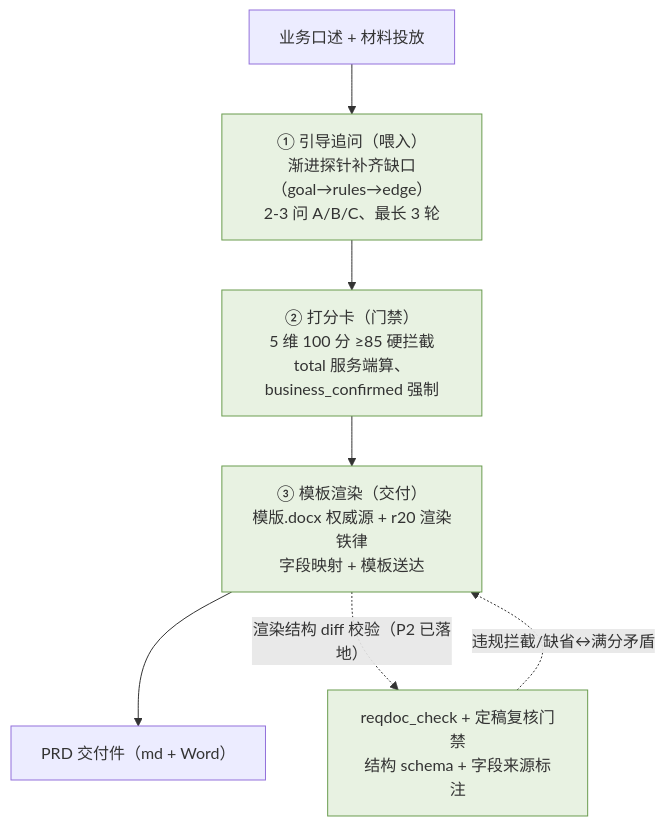
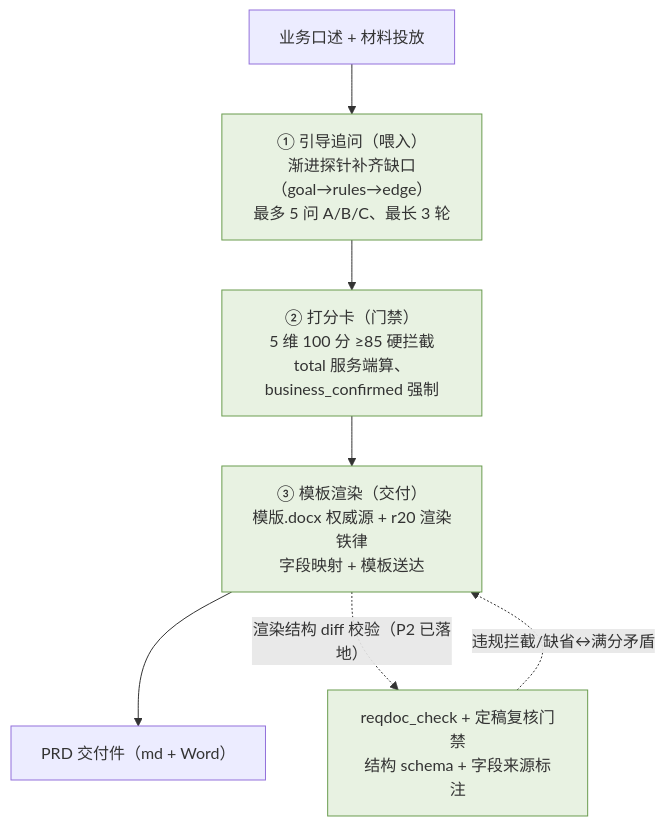
The first of 4 diagrams in opencode-session-mgmt/docs/workflow-reqdoc.md (wonglaitung/opencode), drawn with Mermaid before and after one commit. The commit also changed other lines of this file and 4 other files, not shown here.

````diff
--- a/opencode-session-mgmt/docs/workflow-reqdoc.md
+++ b/opencode-session-mgmt/docs/workflow-reqdoc.md
@@ -19,14 +19,14 @@
 ```mermaid
 flowchart TD
-    I["业务口述 + 材料投放"] --> A["① 引导追问（喂入）<br/>渐进探针补齐缺口（goal→rules→edge）<br/>2-3 问 A/B/C、最长 3 轮"]
+    I["业务口述 + 材料投放"] --> A["① 引导追问（喂入）<br/>渐进探针补齐缺口（goal→rules→edge）<br/>最多 5 问 A/B/C、最长 3 轮"]
     A --> B["② 打分卡（门禁）<br/>5 维 100 分 ≥85 硬拦截<br/>total 服务端算、business_confirmed 强制"]
     B --> C["③ 模板渲染（交付）<br/>模版.docx 权威源 + r20 渲染铁律<br/>字段映射 + 模板送达"]
     C --> O["PRD 交付件（md + Word）"]
     C -. 渲染结构 diff 校验（P2 已落地） .-> D["reqdoc_check + 定稿复核门禁<br/>结构 schema + 字段来源标注"]
     D -. 违规拦截/缺省↔满分矛盾 .-> C
     %% 风险分布：三大支柱均已结构性固化（绿色）
     style A fill:#e8f2e2,stroke:#6a9c4f
     style B fill:#e8f2e2,stroke:#6a9c4f
     style C fill:#e8f2e2,stroke:#6a9c4f
     style D fill:#e8f2e2,stroke:#6a9c4f
 ```
````
